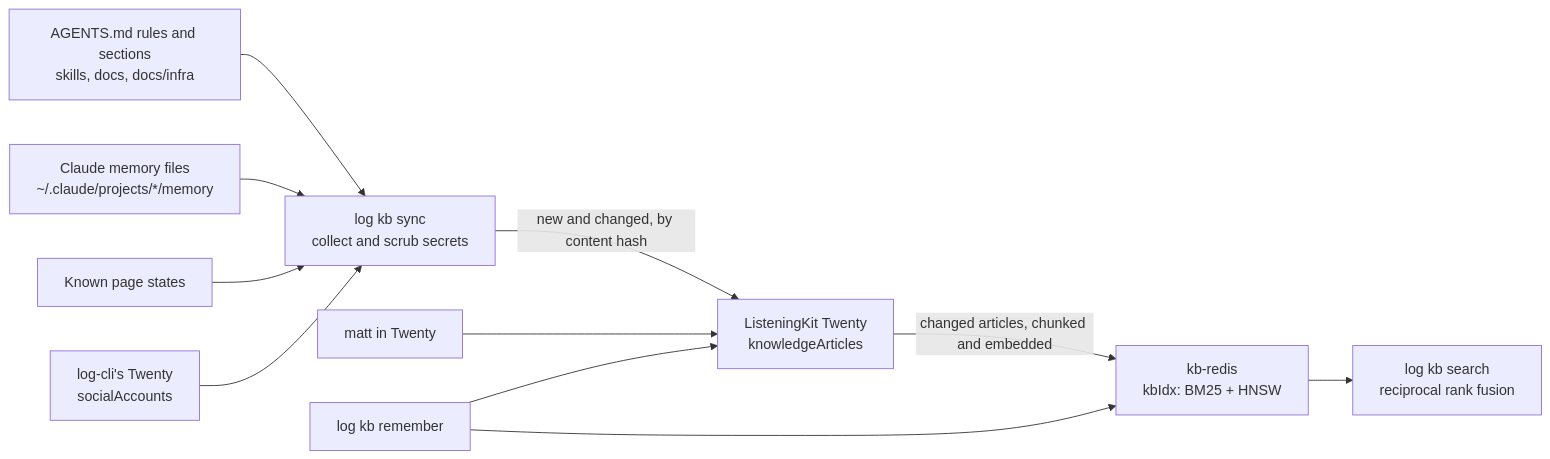
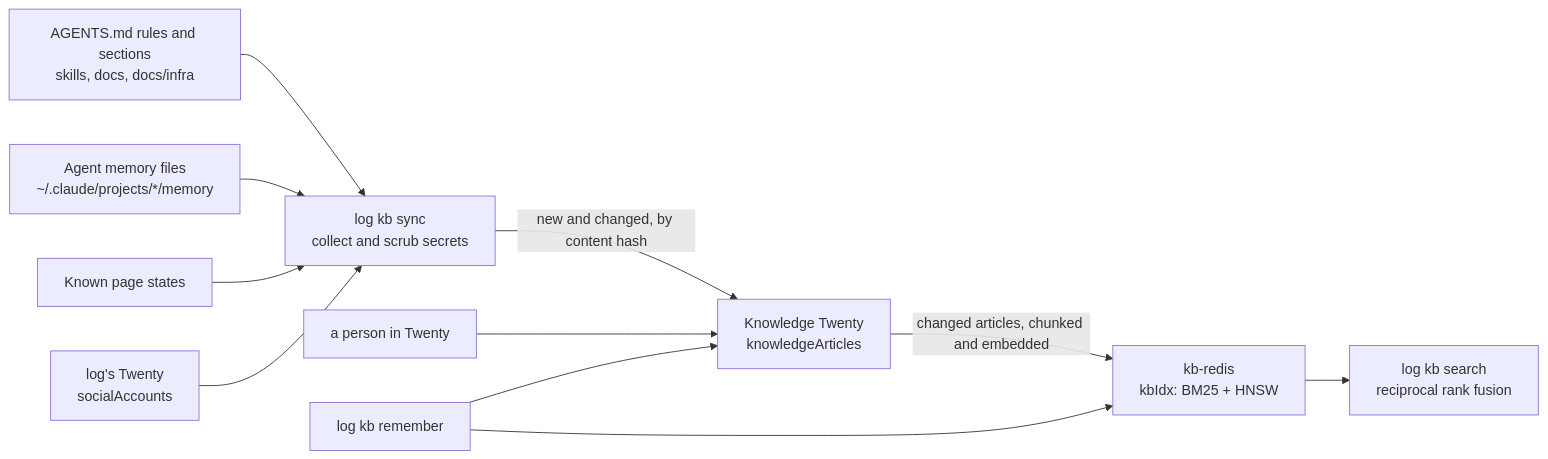
One commit to matthewdonsemail-lab/log changed the diagram in docs/knowledgeBase.md. Above: the diagram before and after it, drawn with Mermaid. The commit also changed other lines of this file and 53 other files, not shown here.

````diff
--- a/docs/knowledgeBase.md
+++ b/docs/knowledgeBase.md
@@ -8,13 +5,13 @@
 ```mermaid
 flowchart LR
   repo["AGENTS.md rules and sections<br/>skills, docs, docs/infra"] --> collect
-  memory["Claude memory files<br/>~/.claude/projects/*/memory"] --> collect
+  memory["Agent memory files<br/>~/.claude/projects/*/memory"] --> collect
   states["Known page states"] --> collect
-  accounts["log-cli's Twenty<br/>socialAccounts"] --> collect
-  collect["log kb sync<br/>collect and scrub secrets"] -->|new and changed, by content hash| twenty["ListeningKit Twenty<br/>knowledgeArticles"]
-  person["matt in Twenty"] --> twenty
+  accounts["log's Twenty<br/>socialAccounts"] --> collect
+  collect["log kb sync<br/>collect and scrub secrets"] -->|new and changed, by content hash| twenty["Knowledge Twenty<br/>knowledgeArticles"]
+  person["a person in Twenty"] --> twenty
   remember["log kb remember"] --> twenty
   twenty -->|changed articles, chunked and embedded| redis["kb-redis<br/>kbIdx: BM25 + HNSW"]
   remember --> redis
   redis --> search["log kb search<br/>reciprocal rank fusion"]
 ```
````
